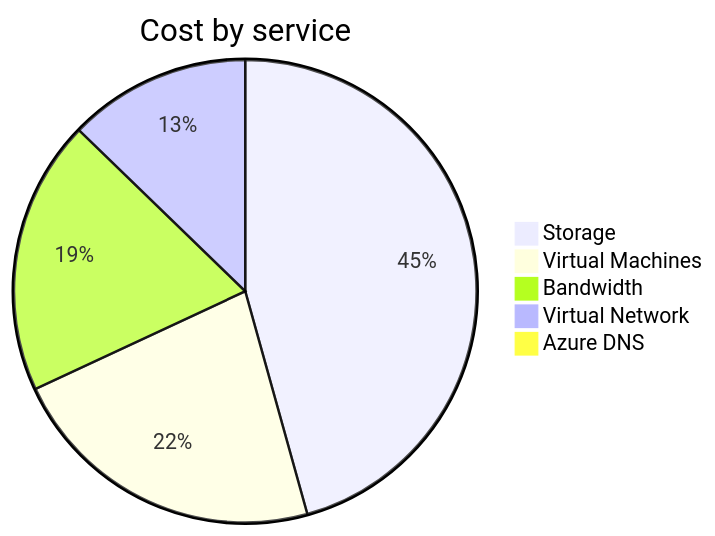
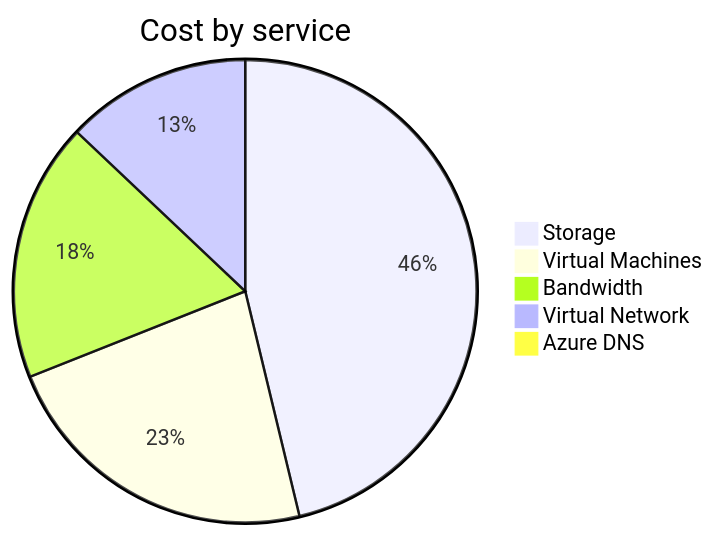
Before and after one commit to jpfulton/azure-personal-reports: the second of 4 diagrams in cost-reports/personal-network/README.md, drawn with Mermaid. The commit also changed other lines of this file and 8 other files, not shown here.

````diff
--- a/cost-reports/personal-network/README.md
+++ b/cost-reports/personal-network/README.md
@@ -99,9 +67,9 @@
 ```mermaid
 pie
    title Cost by service
-   "Storage" : 11.14
-   "Virtual Machines" : 5.46
+   "Storage" : 11.97
+   "Virtual Machines" : 5.89
    "Bandwidth" : 4.68
-   "Virtual Network" : 3.11
-   "Azure DNS" : 0.21
+   "Virtual Network" : 3.35
+   "Azure DNS" : 0.23
 ```
````
